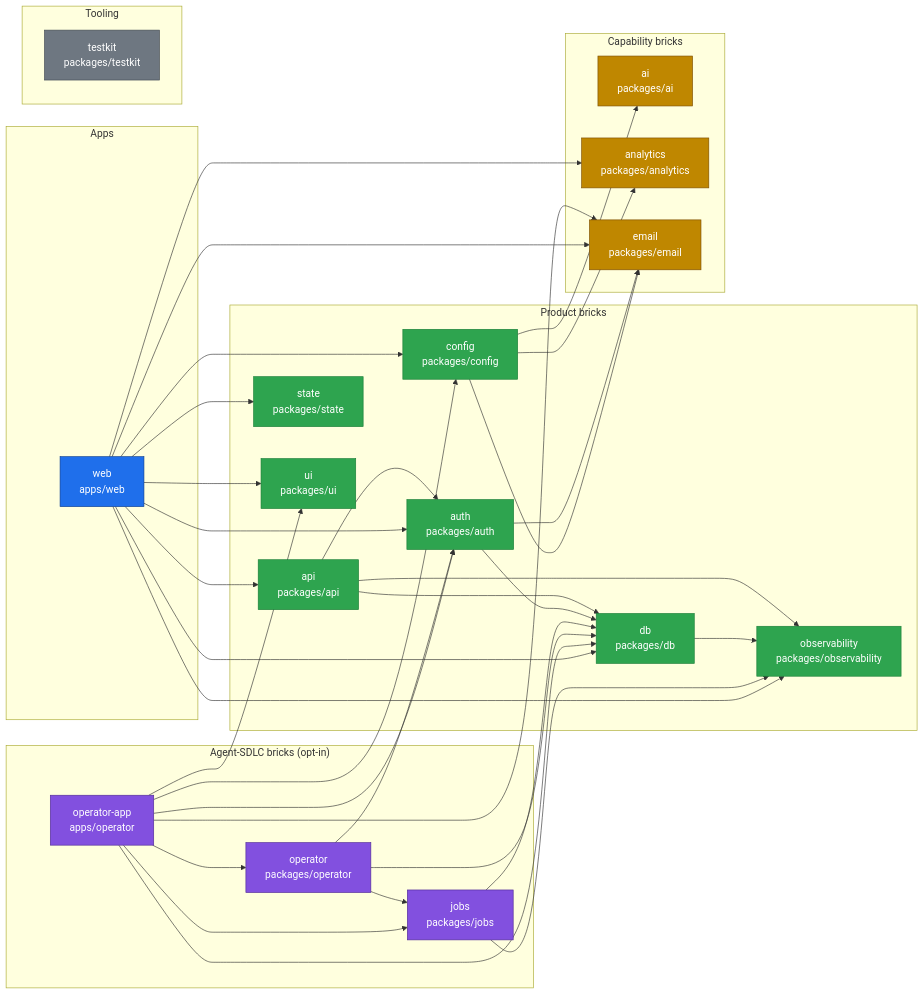
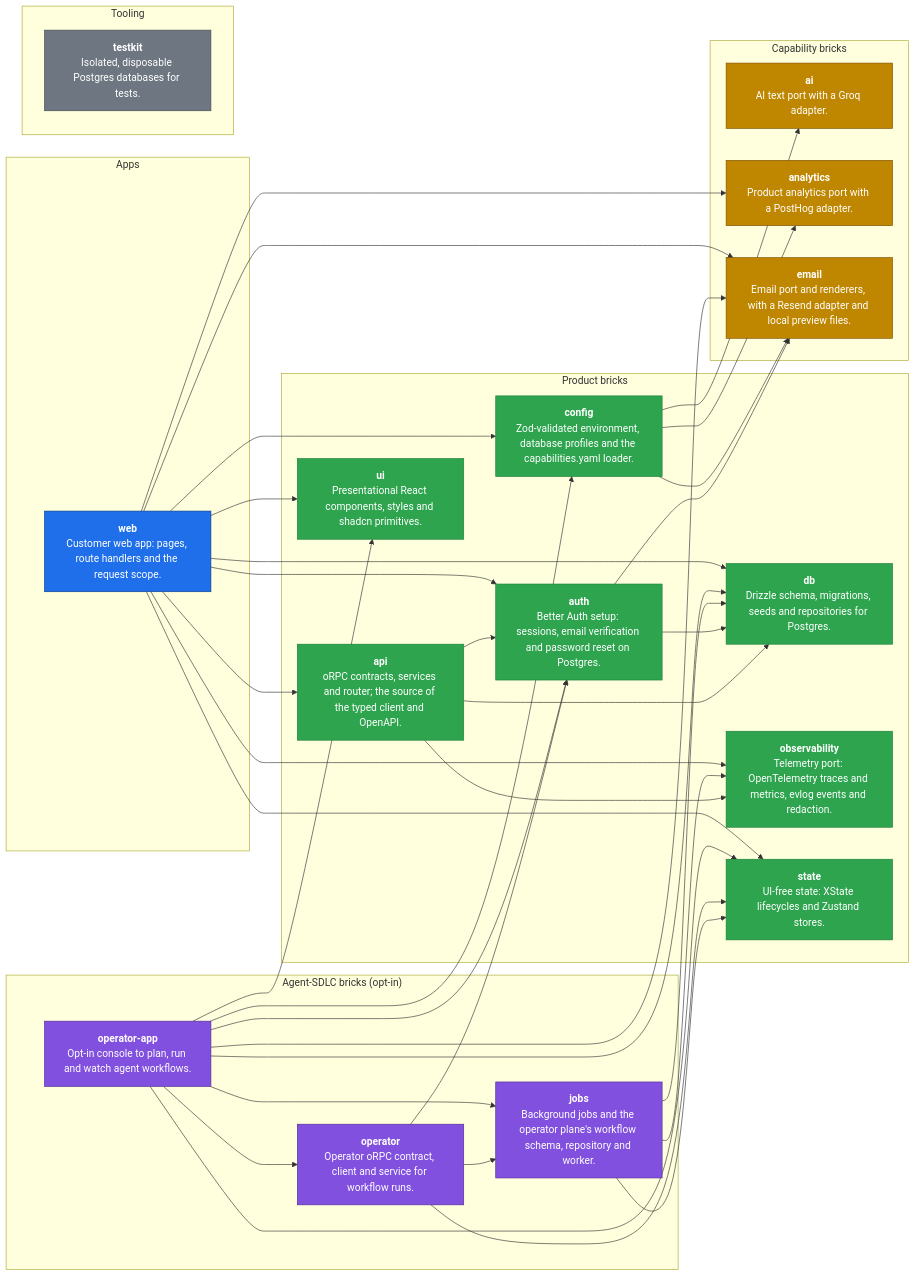
The diagram in docs/generated/package-graph.md (jeffscottward/darkfactory), drawn with Mermaid before and after one commit. The commit also changed other lines of this file and 22 other files, not shown here.

````diff
--- a/docs/generated/package-graph.md
+++ b/docs/generated/package-graph.md
@@ -7,68 +7,69 @@
 ```mermaid
 flowchart LR
   subgraph appBricks["Apps"]
-    darkfactory_web["web<br/>apps/web"]
+    darkfactory_web["<b>web</b><br/>Customer web app: pages, route handlers and the request scope."]
   end
   subgraph productBricks["Product bricks"]
-    darkfactory_api["api<br/>packages/api"]
-    darkfactory_auth["auth<br/>packages/auth"]
-    darkfactory_config["config<br/>packages/config"]
-    darkfactory_db["db<br/>packages/db"]
-    darkfactory_observability["observability<br/>packages/observability"]
-    darkfactory_state["state<br/>packages/state"]
-    darkfactory_ui["ui<br/>packages/ui"]
+    darkfactory_api["<b>api</b><br/>oRPC contracts, services and router; the source of the typed client and OpenAPI."]
+    darkfactory_auth["<b>auth</b><br/>Better Auth setup: sessions, email verification and password reset on Postgres."]
+    darkfactory_config["<b>config</b><br/>Zod-validated environment, database profiles and the capabilities.yaml loader."]
+    darkfactory_db["<b>db</b><br/>Drizzle schema, migrations, seeds and repositories for Postgres."]
+    darkfactory_observability["<b>observability</b><br/>Telemetry port: OpenTelemetry traces and metrics, evlog events and redaction."]
+    darkfactory_state["<b>state</b><br/>UI-free state: XState lifecycles and Zustand stores."]
+    darkfactory_ui["<b>ui</b><br/>Presentational React components, styles and shadcn primitives."]
   end
   subgraph capabilityBricks["Capability bricks"]
-    darkfactory_ai["ai<br/>packages/ai"]
-    darkfactory_analytics["analytics<br/>packages/analytics"]
-    darkfactory_email["email<br/>packages/email"]
+    darkfactory_ai["<b>ai</b><br/>AI text port with a Groq adapter."]
+    darkfactory_analytics["<b>analytics</b><br/>Product analytics port with a PostHog adapter."]
+    darkfactory_email["<b>email</b><br/>Email port and renderers, with a Resend adapter and local preview files."]
   end
   subgraph agentSdlcBricks["Agent-SDLC bricks (opt-in)"]
-    darkfactory_jobs["jobs<br/>packages/jobs"]
-    darkfactory_operator["operator<br/>packages/operator"]
-    darkfactory_operator_app["operator-app<br/>apps/operator"]
+    darkfactory_jobs["<b>jobs</b><br/>Background jobs and the operator plane's workflow schema, repository and worker."]
+    darkfactory_operator["<b>operator</b><br/>Operator oRPC contract, client and service for workflow runs."]
+    darkfactory_operator_app["<b>operator-app</b><br/>Opt-in console to plan, run and watch agent workflows."]
   end
   subgraph toolingBricks["Tooling"]
-    darkfactory_testkit["testkit<br/>packages/testkit"]
+    darkfactory_testkit["<b>testkit</b><br/>Isolated, disposable Postgres databases for tests."]
   end
   darkfactory_api --> darkfactory_auth
   darkfactory_api --> darkfactory_db
   darkfactory_api --> darkfactory_observability
   darkfactory_auth --> darkfactory_db
   darkfactory_auth --> darkfactory_email
   darkfactory_config --> darkfactory_ai
   darkfactory_config --> darkfactory_analytics
   darkfactory_config --> darkfactory_email
-  darkfactory_db --> darkfactory_observability
   darkfactory_jobs --> darkfactory_db
   darkfactory_jobs --> darkfactory_observability
+  darkfactory_jobs --> darkfactory_state
   darkfactory_operator --> darkfactory_auth
-  darkfactory_operator --> darkfactory_db
   darkfactory_operator --> darkfactory_jobs
+  darkfactory_operator --> darkfactory_state
   darkfactory_operator_app --> darkfactory_auth
   darkfactory_operator_app --> darkfactory_config
   darkfactory_operator_app --> darkfactory_db
   darkfactory_operator_app --> darkfactory_email
   darkfactory_operator_app --> darkfactory_jobs
   darkfactory_operator_app --> darkfactory_operator
+  darkfactory_operator_app --> darkfactory_state
   darkfactory_operator_app --> darkfactory_ui
   darkfactory_web --> darkfactory_analytics
   darkfactory_web --> darkfactory_api
   darkfactory_web --> darkfactory_auth
   darkfactory_web --> darkfactory_config
   darkfactory_web --> darkfactory_db
   darkfactory_web --> darkfactory_email
   darkfactory_web --> darkfactory_observability
   darkfactory_web --> darkfactory_state
   darkfactory_web --> darkfactory_ui
   classDef app fill:#1f6feb,stroke:#0b3d91,color:#ffffff
   class darkfactory_web app
   classDef product fill:#2ea44f,stroke:#1a7f37,color:#ffffff
   class darkfactory_api,darkfactory_auth,darkfactory_config,darkfactory_db,darkfactory_observability,darkfactory_state,darkfactory_ui product
   classDef capability fill:#bf8700,stroke:#7d4e00,color:#ffffff
   class darkfactory_ai,darkfactory_analytics,darkfactory_email capability
   classDef agentSdlc fill:#8250df,stroke:#512a97,color:#ffffff
   class darkfactory_jobs,darkfactory_operator,darkfactory_operator_app agentSdlc
   classDef tooling fill:#6e7781,stroke:#424a53,color:#ffffff
   class darkfactory_testkit tooling
 ```
````
